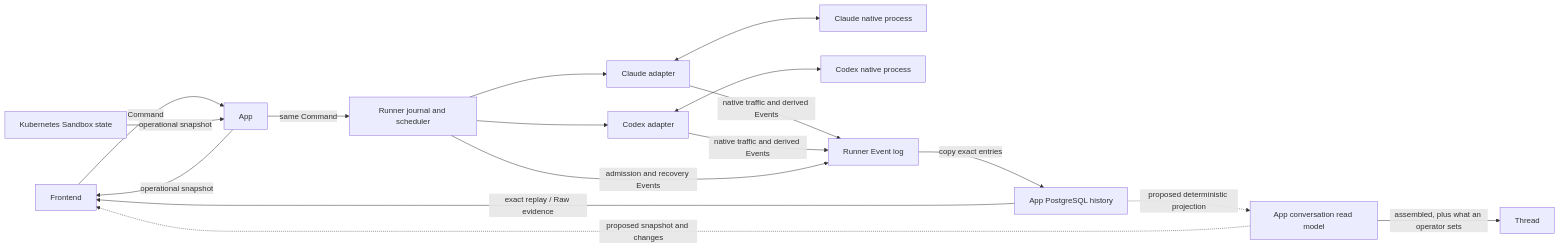
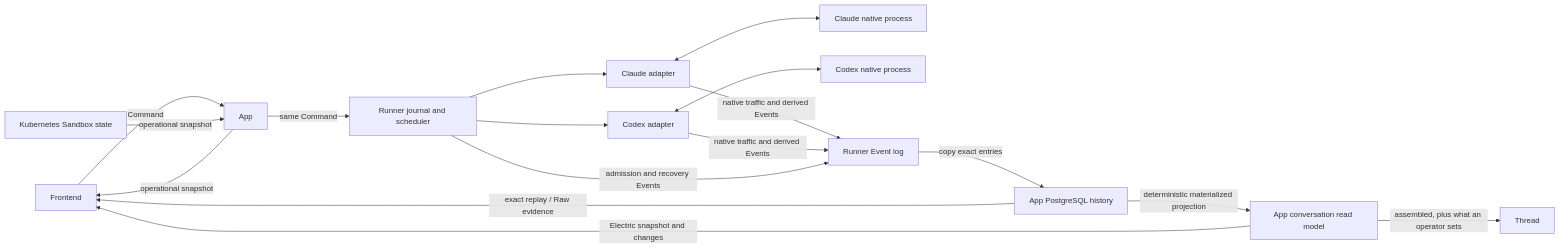
The first of 6 diagrams in agentplane/docs/thread_layering.md (agentydragon/ducktape), drawn with Mermaid before and after one commit. The commit also changed other lines of this file and 5 other files, not shown here.

````diff
--- a/agentplane/docs/thread_layering.md
+++ b/agentplane/docs/thread_layering.md
@@ -34,19 +37,19 @@
 ```mermaid
 flowchart LR
     F[Frontend] -->|Command| A[App]
     A -->|same Command| R[Runner journal and scheduler]
     R --> C[Claude adapter]
     R --> D[Codex adapter]
     C <--> H1[Claude native process]
     D <--> H2[Codex native process]
     C -->|native traffic and derived Events| E[Runner Event log]
     D -->|native traffic and derived Events| E
     R -->|admission and recovery Events| E
     E -->|copy exact entries| P[App PostgreSQL history]
     P -->|exact replay / Raw evidence| F
-    P -. proposed deterministic projection .-> V[App conversation read model]
+    P -->|deterministic materialized projection| V[App conversation read model]
     V -->|assembled, plus what an operator sets| T[Thread]
-    V -. proposed snapshot and changes .-> F
+    V -->|Electric snapshot and changes| F
     K[Kubernetes Sandbox state] -->|operational snapshot| A
     A -->|operational snapshot| F
 ```
````
